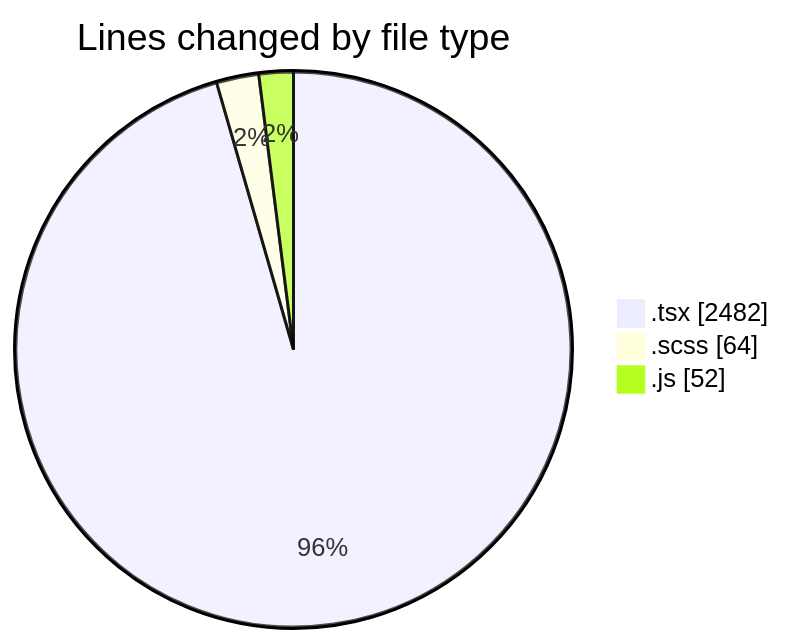
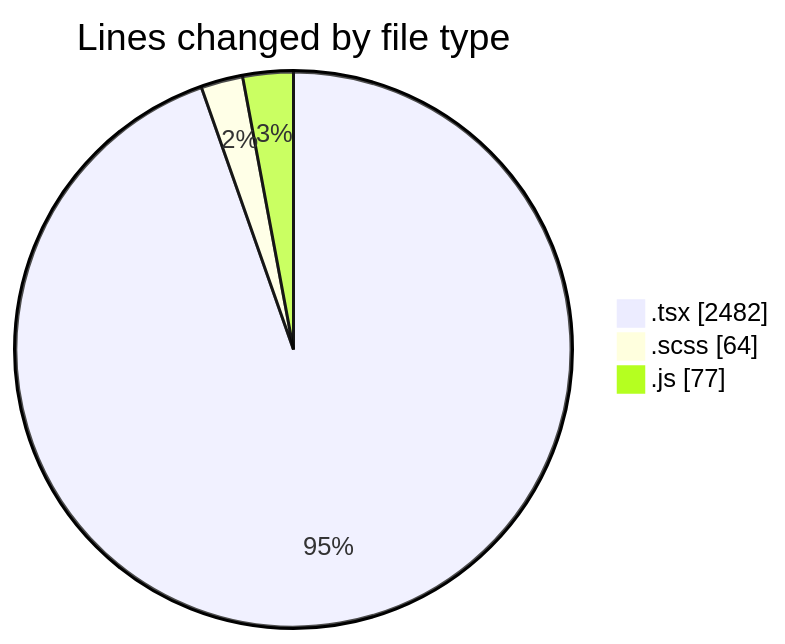
One commit to momahboobian/code-tracking changed the first of 2 diagrams in 2025-06-16/cda/README.md. Above: the diagram before and after it, drawn with Mermaid. The commit also changed other lines of this file and 1 other file, not shown here.

````diff
--- a/2025-06-16/cda/README.md
+++ b/2025-06-16/cda/README.md
@@ -28,7 +29,7 @@
 ```mermaid
 pie showData
 title Lines changed by file type
 ".tsx" : 2482
 ".scss" : 64
-".js" : 52
+".js" : 77
 ```
````
